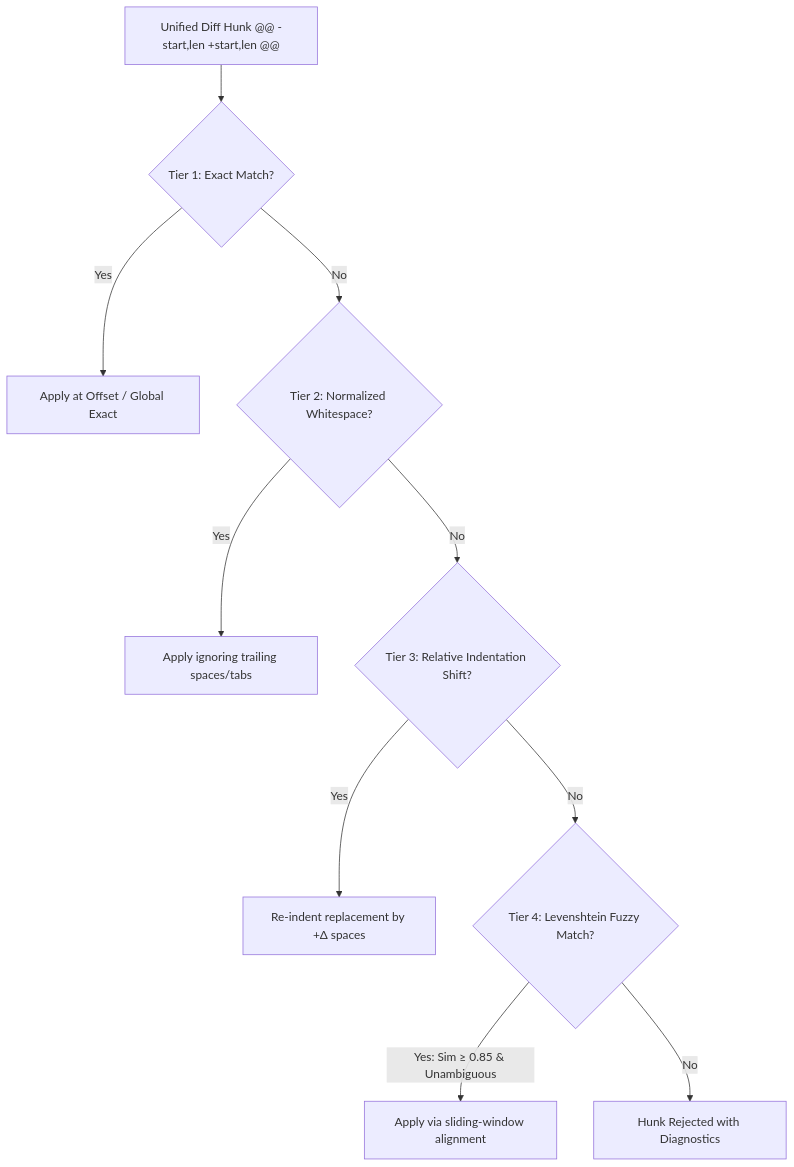
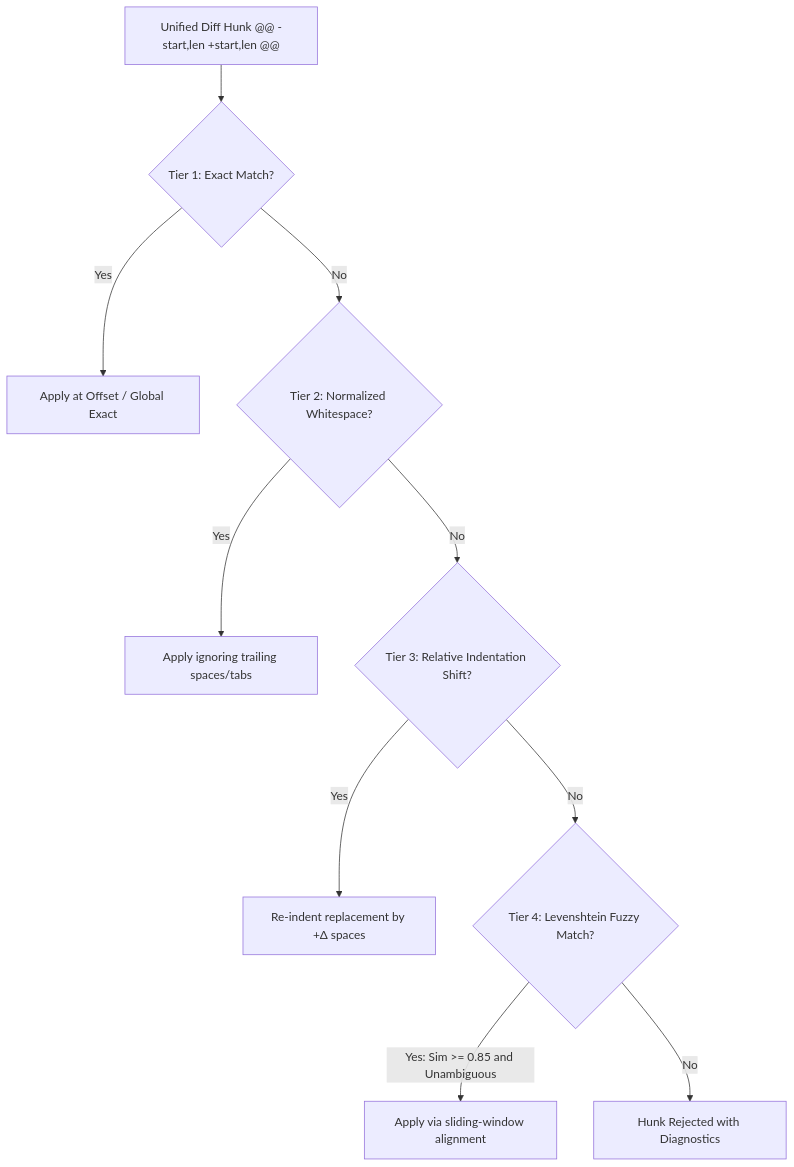
One commit to affan-DevOp/ThinkToCode changed the third of 4 diagrams in RESEARCH.md. Above: the diagram before and after it, drawn with Mermaid. The commit also changed other lines of this file, not shown here.

Commit message:
fix(docs): resolve Mermaid syntax error on line 19 and expand O(N2) derivation and model selection matrix

````diff
--- a/RESEARCH.md
+++ b/RESEARCH.md
@@ -123,12 +123,12 @@
 ```mermaid
 flowchart TD
-    Hunk[Unified Diff Hunk @@ -start,len +start,len @@] --> Tier1{Tier 1: Exact Match?}
-    Tier1 -->|Yes| Apply1[Apply at Offset / Global Exact]
-    Tier1 -->|No| Tier2{Tier 2: Normalized Whitespace?}
-    Tier2 -->|Yes| Apply2[Apply ignoring trailing spaces/tabs]
-    Tier2 -->|No| Tier3{Tier 3: Relative Indentation Shift?}
-    Tier3 -->|Yes| Apply3[Re-indent replacement by +Δ spaces]
-    Tier3 -->|No| Tier4{Tier 4: Levenshtein Fuzzy Match?}
-    Tier4 -->|Yes: Sim &ge; 0.85 &amp; Unambiguous| Apply4[Apply via sliding-window alignment]
-    Tier4 -->|No| Reject[Hunk Rejected with Diagnostics]
+    Hunk["Unified Diff Hunk @@ -start,len +start,len @@"] --> Tier1{"Tier 1: Exact Match?"}
+    Tier1 -->|"Yes"| Apply1["Apply at Offset / Global Exact"]
+    Tier1 -->|"No"| Tier2{"Tier 2: Normalized Whitespace?"}
+    Tier2 -->|"Yes"| Apply2["Apply ignoring trailing spaces/tabs"]
+    Tier2 -->|"No"| Tier3{"Tier 3: Relative Indentation Shift?"}
+    Tier3 -->|"Yes"| Apply3["Re-indent replacement by +Δ spaces"]
+    Tier3 -->|"No"| Tier4{"Tier 4: Levenshtein Fuzzy Match?"}
+    Tier4 -->|"Yes: Sim &gt;= 0.85 and Unambiguous"| Apply4["Apply via sliding-window alignment"]
+    Tier4 -->|"No"| Reject["Hunk Rejected with Diagnostics"]
 ```
````
